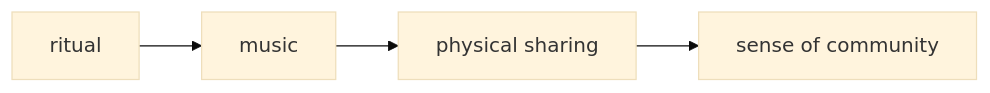
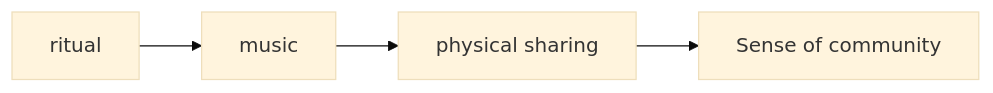
One commit to monumental-movement/monumental-movement.github.io changed the first of 4 diagrams in en/_posts/2026-01-31-column-how-music-shapes-identity.md. Above: the diagram before and after it, drawn with Mermaid (base theme). The commit also changed other lines of this file and 497 other files, not shown here.

```diff
--- a/en/_posts/2026-01-31-column-how-music-shapes-identity.md
+++ b/en/_posts/2026-01-31-column-how-music-shapes-identity.md
@@ -53,6 +53,6 @@
 <div class="mermaid">
 flowchart LR
-A[ritual] --> B[music]
-B --> C[physical sharing]
-C --> D[sense of community]
+A["ritual"] --> B["music"]
+B --> C["physical sharing"]
+C --> D["Sense of community"]
 </div>
```
